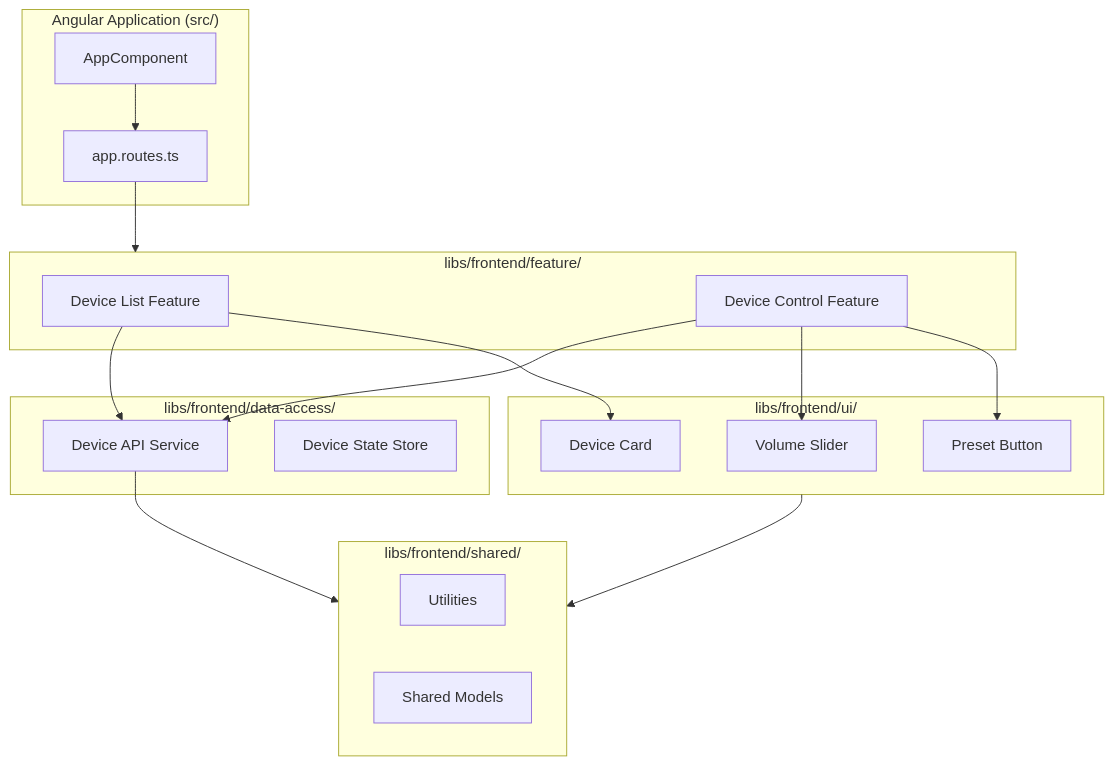
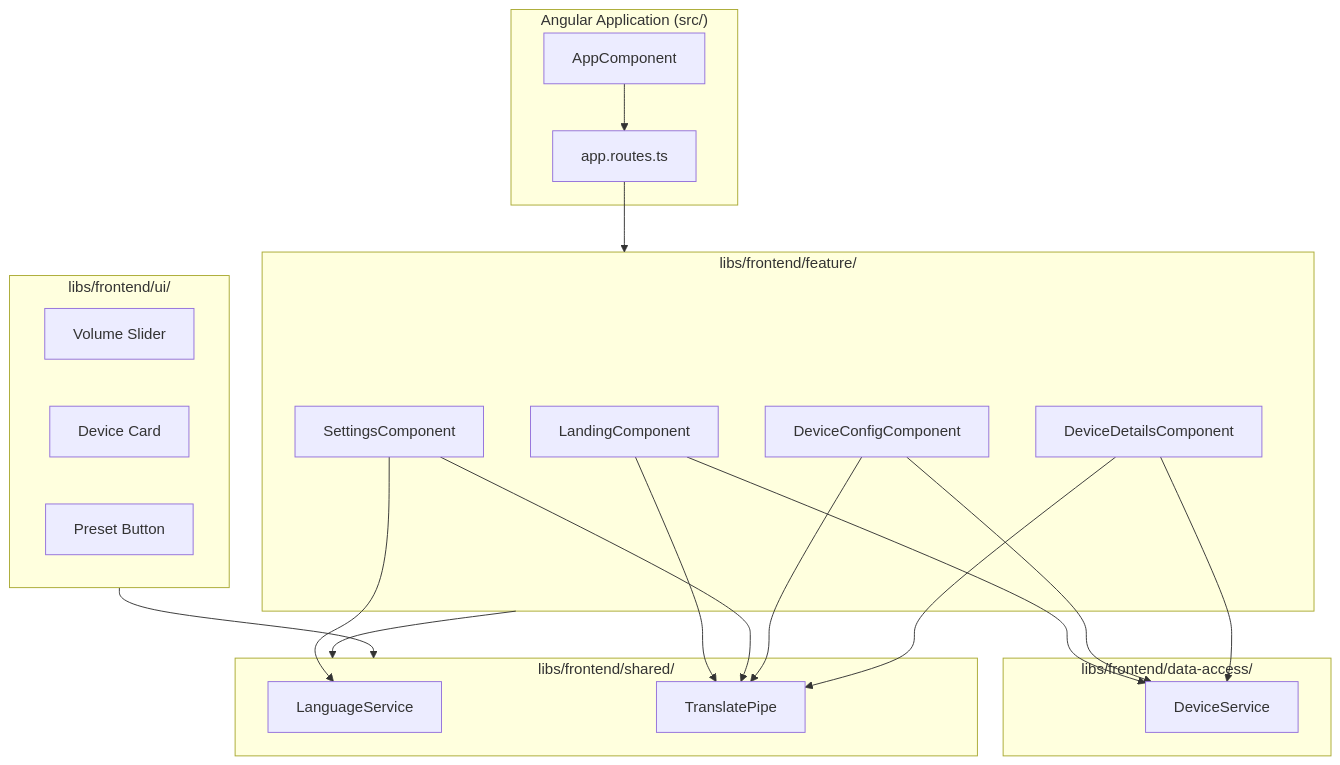
Before and after one commit to sasky80/soundHub: the eighth of 8 diagrams in docs/architecture.md, drawn with Mermaid. The commit also changed other lines of this file and 43 other files, not shown here.

First line of the commit message:
feat: Add modern landing page with device list, settings, and power control

````diff
--- a/docs/architecture.md
+++ b/docs/architecture.md
@@ -233,38 +259,42 @@
 ```mermaid
 flowchart TB
     subgraph App["Angular Application (src/)"]
         AppComponent["AppComponent"]
         Routes["app.routes.ts"]
     end
 
     subgraph Feature["libs/frontend/feature/"]
-        DeviceList["Device List Feature"]
-        DeviceControl["Device Control Feature"]
+        Landing["LandingComponent"]
+        Settings["SettingsComponent"]
+        DeviceConfig["DeviceConfigComponent"]
+        DeviceDetails["DeviceDetailsComponent"]
     end
 
     subgraph DataAccess["libs/frontend/data-access/"]
-        DeviceAPI["Device API Service"]
-        DeviceState["Device State Store"]
+        DeviceService["DeviceService"]
+    end
+
+    subgraph Shared["libs/frontend/shared/"]
+        LanguageService["LanguageService"]
+        TranslatePipe["TranslatePipe"]
     end
 
     subgraph UI["libs/frontend/ui/"]
         VolumeSlider["Volume Slider"]
         DeviceCard["Device Card"]
         PresetButton["Preset Button"]
     end
 
-    subgraph Shared["libs/frontend/shared/"]
-        Utils["Utilities"]
-        Models["Shared Models"]
-    end
-
     AppComponent --> Routes
     Routes --> Feature
-    DeviceList --> DeviceAPI
-    DeviceList --> DeviceCard
-    DeviceControl --> DeviceAPI
-    DeviceControl --> VolumeSlider
-    DeviceControl --> PresetButton
-    DeviceAPI --> Shared
+    Landing --> DeviceService
+    Landing --> TranslatePipe
+    Settings --> LanguageService
+    Settings --> TranslatePipe
+    DeviceConfig --> DeviceService
+    DeviceConfig --> TranslatePipe
+    DeviceDetails --> DeviceService
+    DeviceDetails --> TranslatePipe
+    Feature --> Shared
     UI --> Shared
 ```
````
